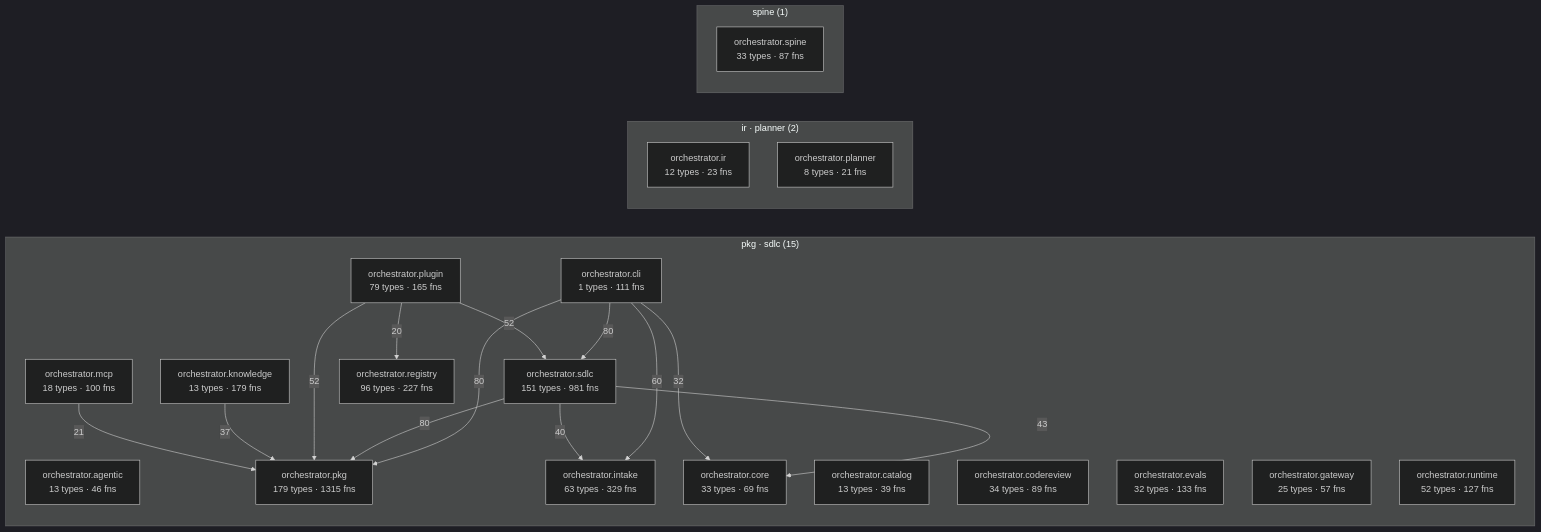
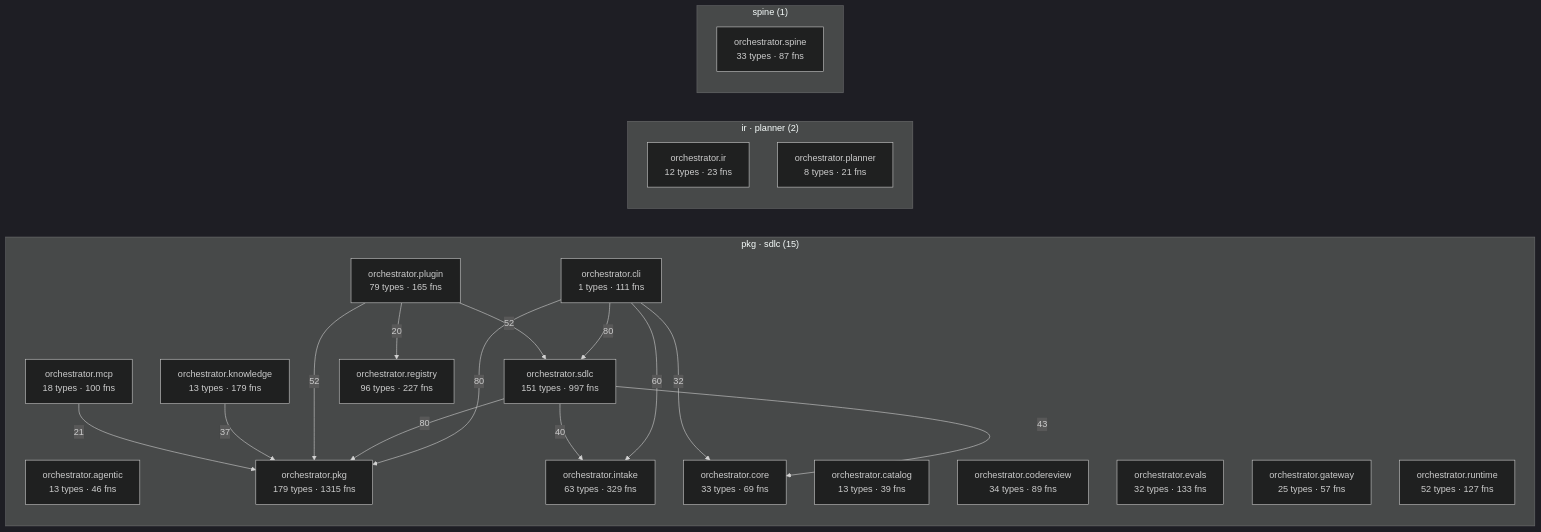
One commit to synaptixs/spine changed the diagram in episteme/architecture.md. Above: the diagram before and after it, drawn with Mermaid (dark theme). The commit also changed other lines of this file and 15 other files, not shown here.

````diff
--- a/episteme/architecture.md
+++ b/episteme/architecture.md
@@ -56,39 +56,39 @@
 ```mermaid
 flowchart LR
   subgraph c_2["pkg · sdlc (15)"]
     aorchestratoragentic["orchestrator.agentic<br/>13 types · 46 fns"]
     aorchestratorcatalog["orchestrator.catalog<br/>13 types · 39 fns"]
     aorchestratorcli["orchestrator.cli<br/>1 types · 111 fns"]
     aorchestratorcodereview["orchestrator.codereview<br/>34 types · 89 fns"]
     aorchestratorcore["orchestrator.core<br/>33 types · 69 fns"]
     aorchestratorevals["orchestrator.evals<br/>32 types · 133 fns"]
     aorchestratorgateway["orchestrator.gateway<br/>25 types · 57 fns"]
     aorchestratorintake["orchestrator.intake<br/>63 types · 329 fns"]
     aorchestratorknowledge["orchestrator.knowledge<br/>13 types · 179 fns"]
     aorchestratormcp["orchestrator.mcp<br/>18 types · 100 fns"]
     aorchestratorpkg["orchestrator.pkg<br/>179 types · 1315 fns"]
     aorchestratorplugin["orchestrator.plugin<br/>79 types · 165 fns"]
     aorchestratorregistry["orchestrator.registry<br/>96 types · 227 fns"]
     aorchestratorruntime["orchestrator.runtime<br/>52 types · 127 fns"]
-    aorchestratorsdlc["orchestrator.sdlc<br/>151 types · 981 fns"]
+    aorchestratorsdlc["orchestrator.sdlc<br/>151 types · 997 fns"]
   end
   subgraph c_5["ir · planner (2)"]
     aorchestratorir["orchestrator.ir<br/>12 types · 23 fns"]
     aorchestratorplanner["orchestrator.planner<br/>8 types · 21 fns"]
   end
   subgraph c_10["spine (1)"]
     aorchestratorspine["orchestrator.spine<br/>33 types · 87 fns"]
   end
   aorchestratorcli -->|80| aorchestratorpkg
   aorchestratorcli -->|80| aorchestratorsdlc
   aorchestratorsdlc -->|80| aorchestratorpkg
   aorchestratorcli -->|60| aorchestratorintake
   aorchestratorplugin -->|52| aorchestratorpkg
   aorchestratorplugin -->|52| aorchestratorsdlc
   aorchestratorsdlc -->|43| aorchestratorcore
   aorchestratorsdlc -->|40| aorchestratorintake
   aorchestratorknowledge -->|37| aorchestratorpkg
   aorchestratorcli -->|32| aorchestratorcore
   aorchestratormcp -->|21| aorchestratorpkg
   aorchestratorplugin -->|20| aorchestratorregistry
 ```
````
